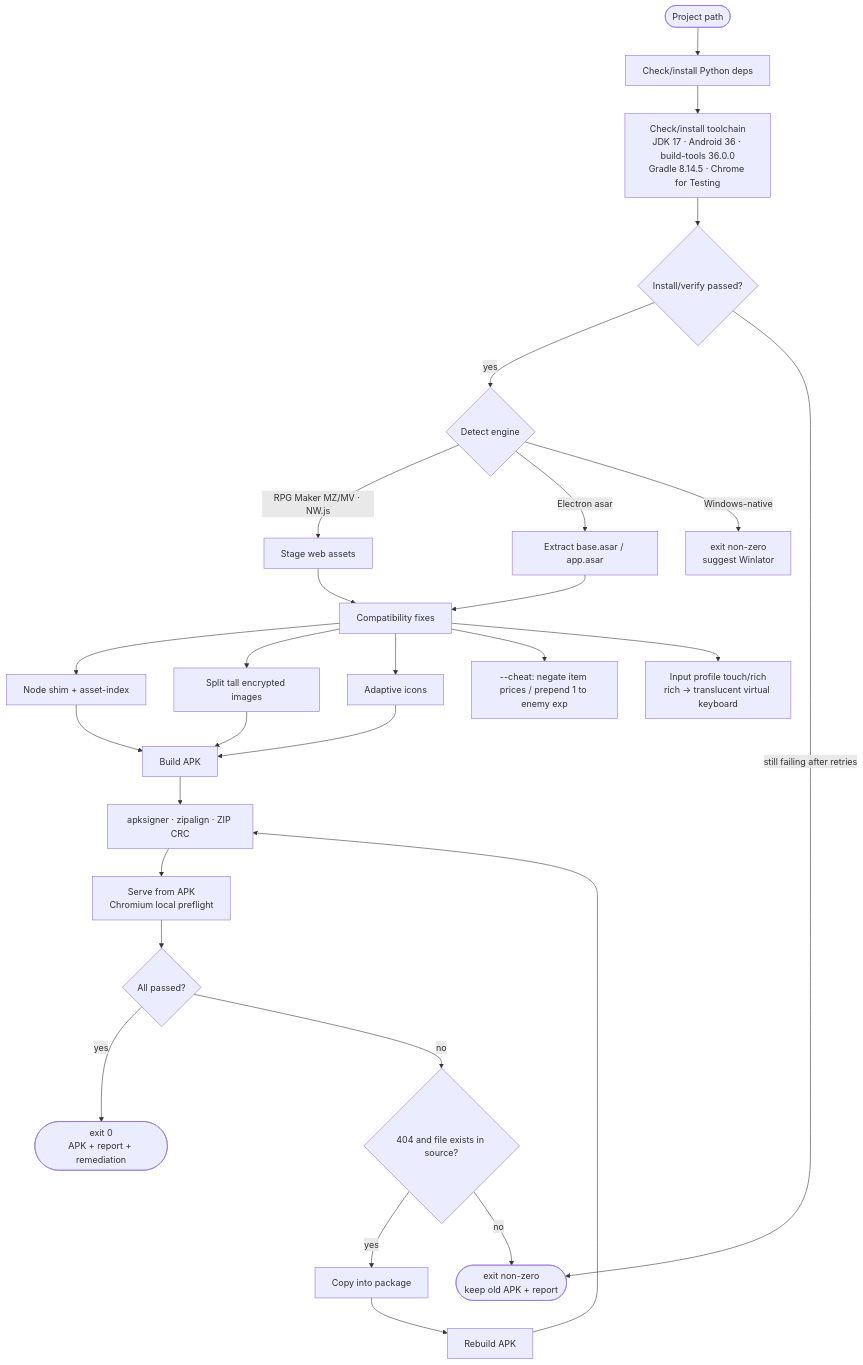
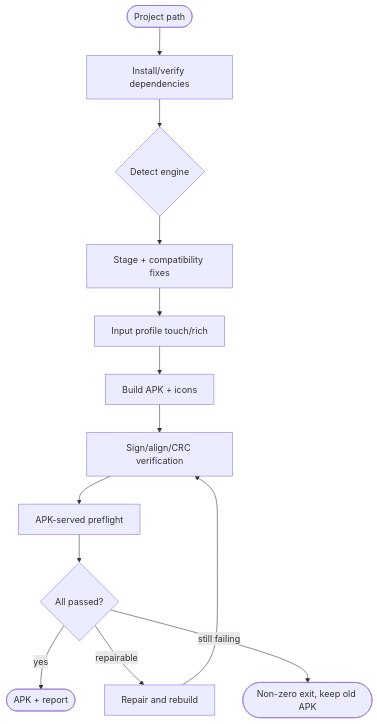
The diagram in README.en.md (SpellingDragon/pc2android), drawn with Mermaid before and after one commit. The commit also changed other lines of this file and 8 other files, not shown here.

````diff
--- a/README.en.md
+++ b/README.en.md
@@ -51,30 +105,15 @@
 ```mermaid
 flowchart TD
-    A(["Project path"]) --> B["Check/install Python deps"]
-    B --> C["Check/install toolchain<br/>JDK 17 · Android 36 · build-tools 36.0.0<br/>Gradle 8.14.5 · Chrome for Testing"]
-    C --> C1{"Install/verify passed?"}
-    C1 -->|"yes"| D{"Detect engine"}
-    C1 -->|"still failing after retries"| Z(["exit non-zero<br/>keep old APK + report"])
-    D -->|"RPG Maker MZ/MV · NW.js"| E["Stage web assets"]
-    D -->|"Electron asar"| F["Extract base.asar / app.asar"]
-    D -->|"Windows-native"| X["exit non-zero<br/>suggest Winlator"]
-    E --> G["Compatibility fixes"]
-    F --> G
-    G --> G1["Node shim + asset-index"]
-    G --> G2["Split tall encrypted images"]
-    G --> G3["Adaptive icons"]
-    G --> G4["--cheat: negate item prices / prepend 1 to enemy exp"]
-    G --> G5["Input profile touch/rich<br/>rich → translucent virtual keyboard"]
-    G1 --> H["Build APK"]
-    G2 --> H
-    G3 --> H
-    H --> I["apksigner · zipalign · ZIP CRC"]
-    I --> J["Serve from APK<br/>Chromium local preflight"]
-    J --> K{"All passed?"}
-    K -->|"yes"| L(["exit 0<br/>APK + report + remediation"])
-    K -->|"no"| M{"404 and file exists in source?"}
-    M -->|"yes"| O["Copy into package"]
-    M -->|"no"| Z
-    O --> P["Rebuild APK"]
-    P --> I
+    A(["Project path"]) --> B["Install/verify dependencies"]
+    B --> C{"Detect engine"}
+    C --> D["Stage + compatibility fixes"]
+    D --> E["Input profile touch/rich"]
+    E --> F["Build APK + icons"]
+    F --> G["Sign/align/CRC verification"]
+    G --> H["APK-served preflight"]
+    H --> I{"All passed?"}
+    I -->|"yes"| J(["APK + report"])
+    I -->|"repairable"| K["Repair and rebuild"]
+    K --> G
+    I -->|"still failing"| Z(["Non-zero exit, keep old APK"])
 ```
````
